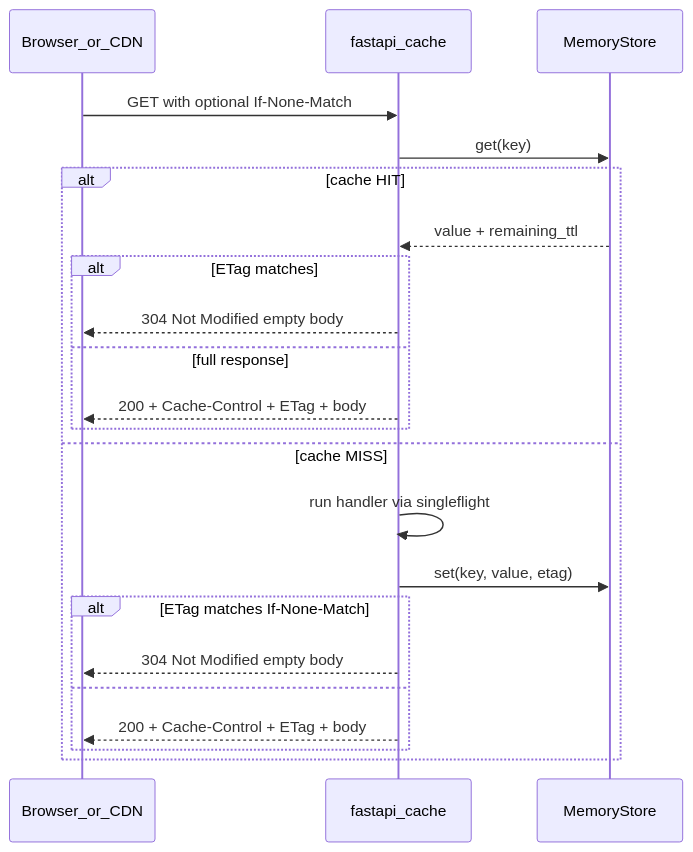
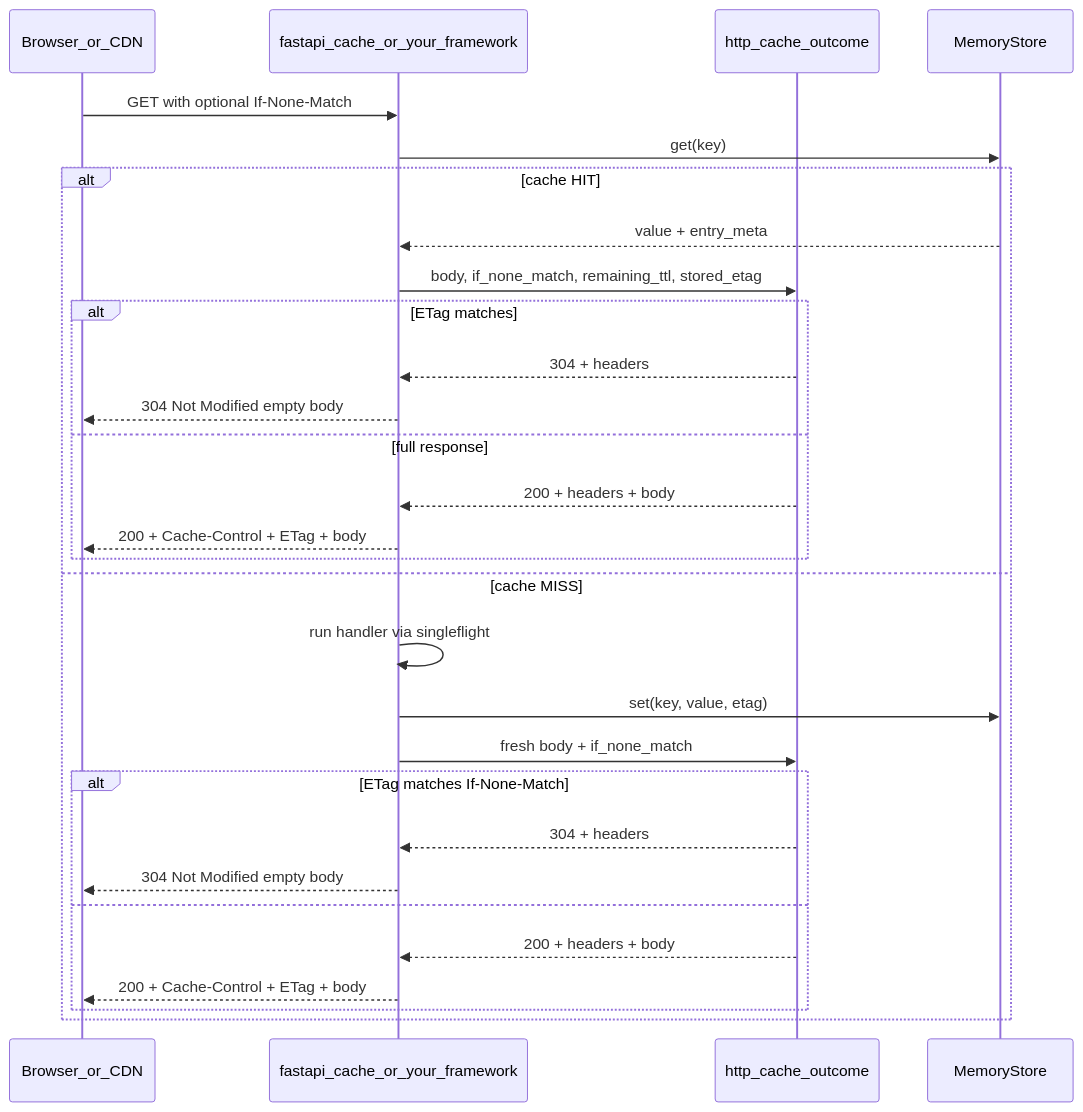
Before and after one commit to kineticquant/inhouse: the first of 2 diagrams in README.md, drawn with Mermaid. The commit also changed other lines of this file and 2 other files, not shown here.

Commit message:
v0.2.1 - fix for core cache functionality to reduce lib dependency

````diff
--- a/README.md
+++ b/README.md
@@ -256,25 +324,32 @@
 ```mermaid
 sequenceDiagram
     participant Client as Browser_or_CDN
-    participant FastAPI as fastapi_cache
+    participant Adapter as fastapi_cache_or_your_framework
+    participant HttpCache as http_cache_outcome
     participant Store as MemoryStore
 
-    Client->>FastAPI: GET with optional If-None-Match
-    FastAPI->>Store: get(key)
+    Client->>Adapter: GET with optional If-None-Match
+    Adapter->>Store: get(key)
     alt cache HIT
-        Store-->>FastAPI: value + remaining_ttl
+        Store-->>Adapter: value + entry_meta
+        Adapter->>HttpCache: body, if_none_match, remaining_ttl, stored_etag
         alt ETag matches
-            FastAPI-->>Client: 304 Not Modified empty body
+            HttpCache-->>Adapter: 304 + headers
+            Adapter-->>Client: 304 Not Modified empty body
         else full response
-            FastAPI-->>Client: 200 + Cache-Control + ETag + body
+            HttpCache-->>Adapter: 200 + headers + body
+            Adapter-->>Client: 200 + Cache-Control + ETag + body
         end
     else cache MISS
-        FastAPI->>FastAPI: run handler via singleflight
-        FastAPI->>Store: set(key, value, etag)
+        Adapter->>Adapter: run handler via singleflight
+        Adapter->>Store: set(key, value, etag)
+        Adapter->>HttpCache: fresh body + if_none_match
         alt ETag matches If-None-Match
-            FastAPI-->>Client: 304 Not Modified empty body
+            HttpCache-->>Adapter: 304 + headers
+            Adapter-->>Client: 304 Not Modified empty body
         else
-            FastAPI-->>Client: 200 + Cache-Control + ETag + body
+            HttpCache-->>Adapter: 200 + headers + body
+            Adapter-->>Client: 200 + Cache-Control + ETag + body
         end
     end
 ```
````
